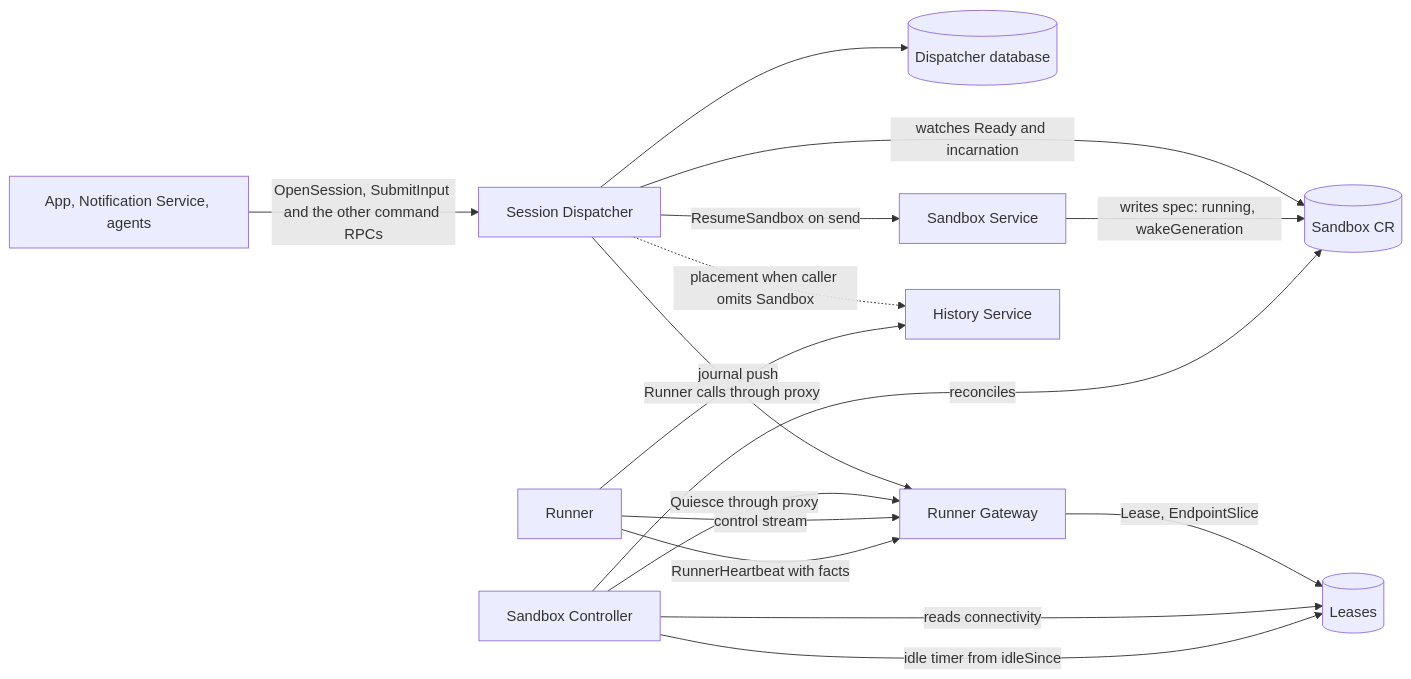
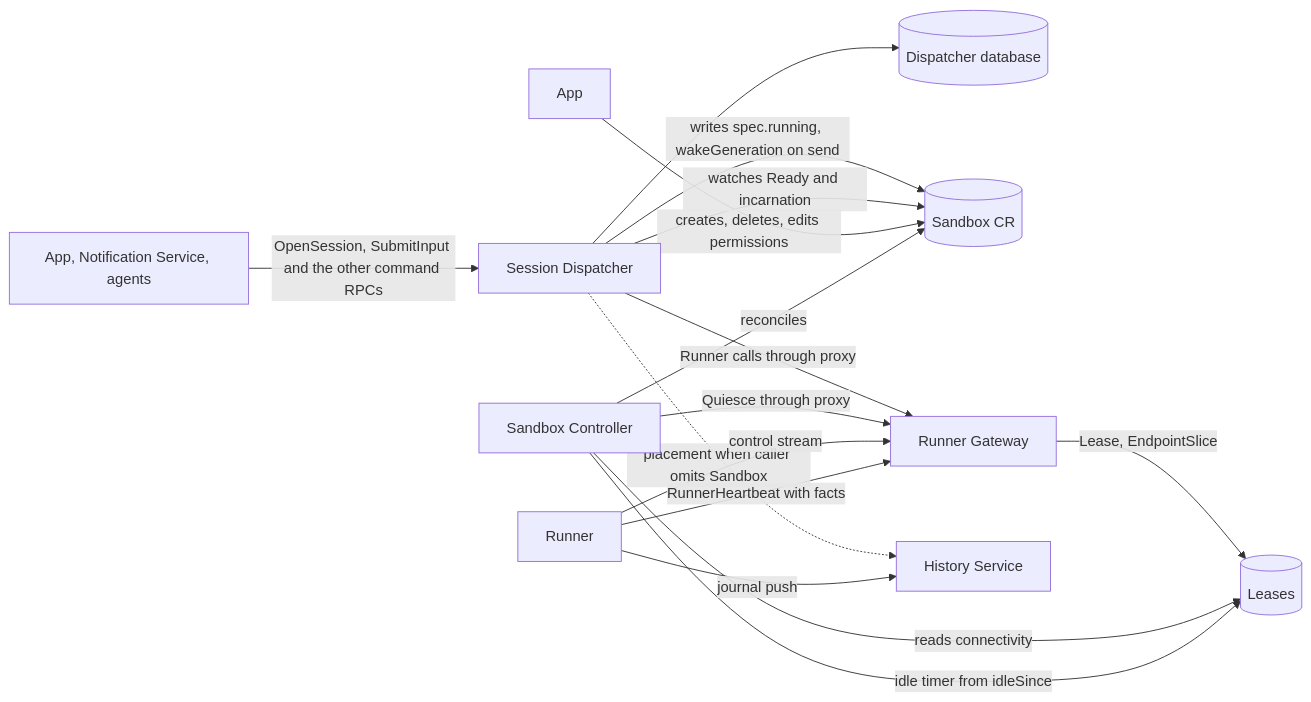
Before and after one commit to agentydragon/ducktape: the first of 5 diagrams in agentplane/docs/adr_sandbox_session_control.md, drawn with Mermaid. The commit also changed other lines of this file, not shown here.

First line of the commit message:
ADR: the Sandbox Service goes away; the app and the Dispatcher write desired state through a shared helper

````diff
--- a/agentplane/docs/adr_sandbox_session_control.md
+++ b/agentplane/docs/adr_sandbox_session_control.md
@@ -73,18 +74,18 @@
 ```mermaid
 flowchart LR
     Sender[App, Notification Service, agents] -- OpenSession, SubmitInput and the other command RPCs --> K[Session Dispatcher]
     K --> KDB[(Dispatcher database)]
-    K -- ResumeSandbox on send --> SS[Sandbox Service]
+    K -- writes spec.running, wakeGeneration on send --> CR
     K -- watches Ready and incarnation --> CR
     K -- Runner calls through proxy --> GW[Runner Gateway]
     K -. placement when caller omits Sandbox .-> HS[History Service]
-    SS -- writes spec: running, wakeGeneration --> CR[(Sandbox CR)]
+    App[App] -- creates, deletes, edits permissions --> CR[(Sandbox CR)]
     SC[Sandbox Controller] -- reconciles --> CR
     SC -- Quiesce through proxy --> GW
     GW -- Lease, EndpointSlice --> L[(Leases)]
     SC -- reads connectivity --> L
     Runner -- control stream --> GW
     Runner -- journal push --> HS
     Runner -- RunnerHeartbeat with facts --> GW
     SC -- idle timer from idleSince --> L
 ```
````
